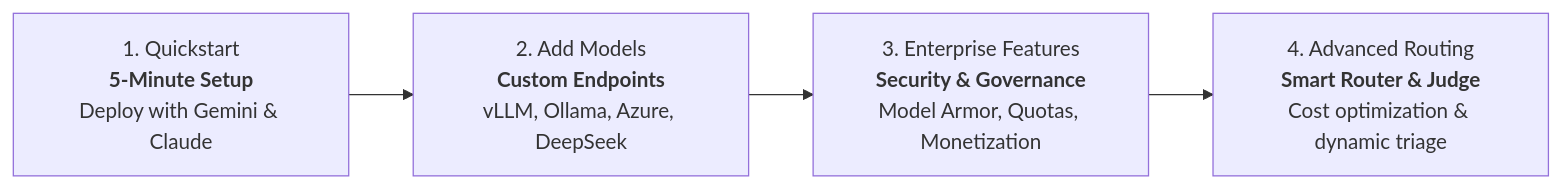
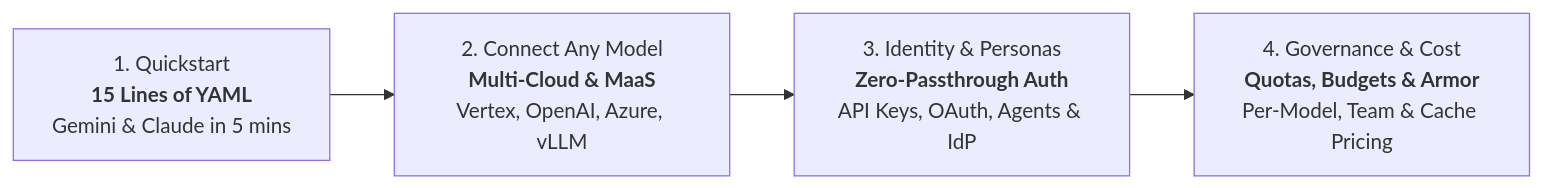
One commit to ra2085/ai-gw-sample changed the diagram in docs/index.md. Above: the diagram before and after it, drawn with Mermaid. The commit also changed other lines of this file and 137 other files, not shown here.

````diff
--- a/docs/index.md
+++ b/docs/index.md
@@ -15,6 +11,6 @@
 ```mermaid
 graph LR
-    Step1["1. Quickstart<br/><b>5-Minute Setup</b><br/>Deploy with Gemini & Claude"] --> Step2["2. Add Models<br/><b>Custom Endpoints</b><br/>vLLM, Ollama, Azure, DeepSeek"]
-    Step2 --> Step3["3. Enterprise Features<br/><b>Security & Governance</b><br/>Model Armor, Quotas, Monetization"]
-    Step3 --> Step4["4. Advanced Routing<br/><b>Smart Router & Judge</b><br/>Cost optimization & dynamic triage"]
+    Step1["1. Quickstart<br/><b>15 Lines of YAML</b><br/>Gemini & Claude in 5 mins"] --> Step2["2. Connect Any Model<br/><b>Multi-Cloud & MaaS</b><br/>Vertex, OpenAI, Azure, vLLM"]
+    Step2 --> Step3["3. Identity & Personas<br/><b>Zero-Passthrough Auth</b><br/>API Keys, OAuth, Agents & IdP"]
+    Step3 --> Step4["4. Governance & Cost<br/><b>Quotas, Budgets & Armor</b><br/>Per-Model, Team & Cache Pricing"]
 ```
````
